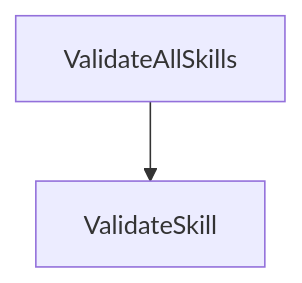
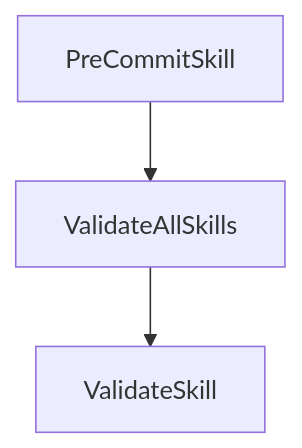
One commit to dkorolev/theloop changed the diagram in VIZ.md. Above: the diagram before and after it, drawn with Mermaid. The commit also changed other lines of this file and 2 other files, not shown here.

Commit message:
The `PreCommitSkill`, per the rule on run receipts: receipt hygiene, the `PRECOMMIT.md` extension point, and full validation via `ValidateAllSkills`.

````diff
--- a/VIZ.md
+++ b/VIZ.md
@@ -22,4 +24,5 @@
 ```mermaid
 graph TD
-    ValidateAllSkills["ValidateAllSkills"] --> ValidateSkill["ValidateSkill"]
+    PreCommitSkill["PreCommitSkill"] --> ValidateAllSkills["ValidateAllSkills"]
+    ValidateAllSkills --> ValidateSkill["ValidateSkill"]
 ```
````
